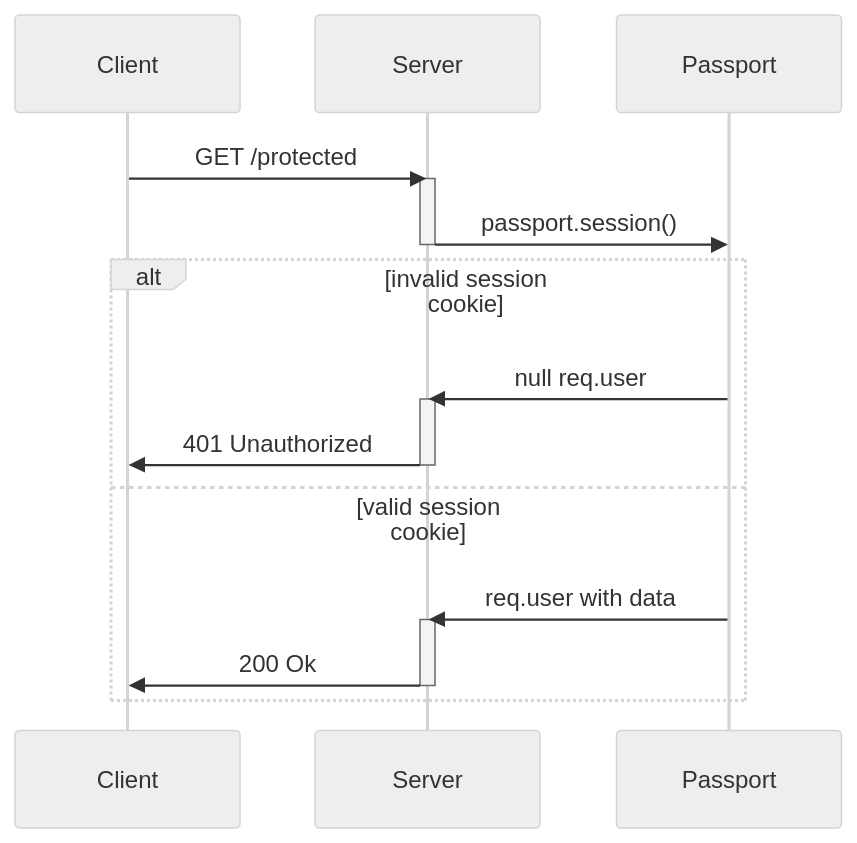
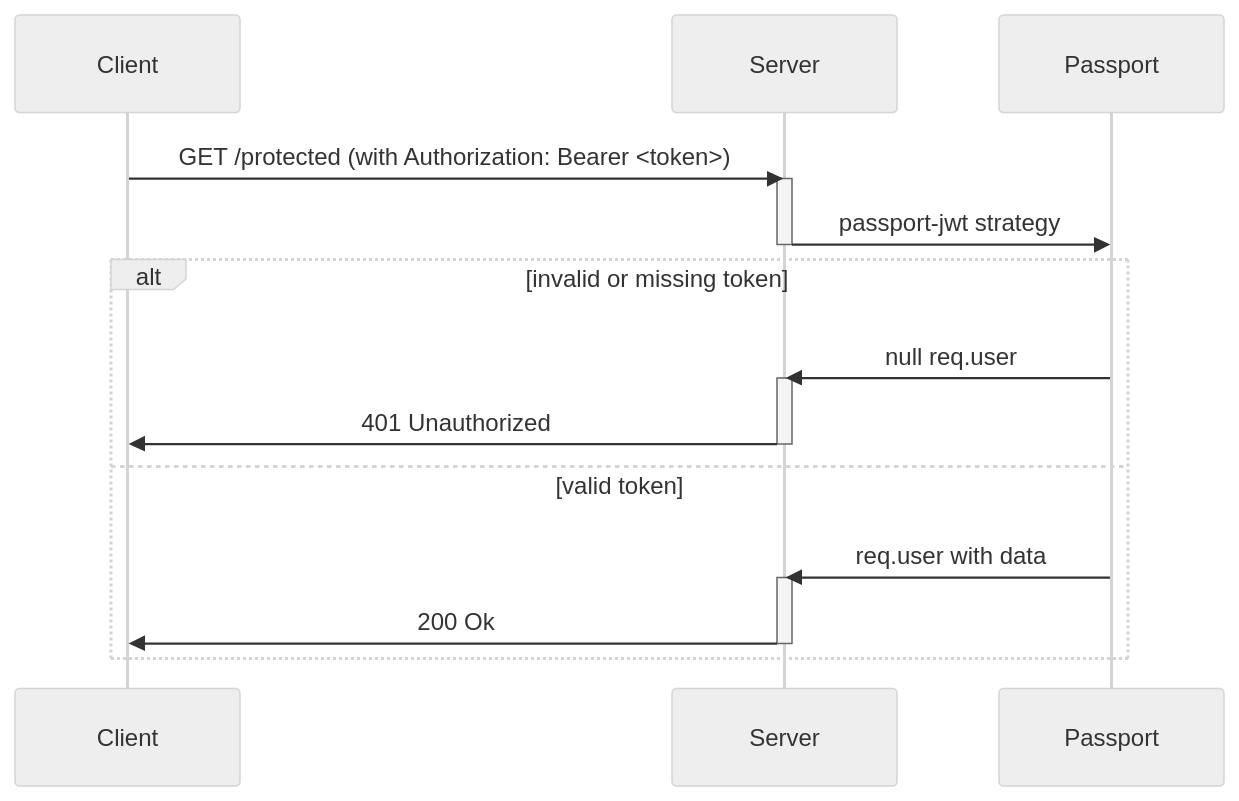
Before and after one commit to litoralcreativo/finmgmt: the first of 2 diagrams in server/README.md, drawn with Mermaid (neutral theme). The commit also changed other lines of this file and 2 other files, not shown here.

````diff
--- a/server/README.md
+++ b/server/README.md
@@ -7,22 +77,22 @@
 ```mermaid
 sequenceDiagram
    participant Client
    participant Server
    participant Passport
 
-   Client->>Server: GET /protected
+   Client->>Server: GET /protected (with Authorization: Bearer <token>)
    activate Server
-   Server->>Passport: passport.session()
+   Server->>Passport: passport-jwt strategy
    deactivate Server
-   alt invalid session cookie
+   alt invalid or missing token
       Passport->>Server: null req.user
       activate Server
       Server->>Client: 401 Unauthorized
       deactivate Server
-   else valid session cookie
+   else valid token
       Passport->>Server: req.user with data
       activate Server
       Server->>Client: 200 Ok
       deactivate Server
    end
 ```
````
